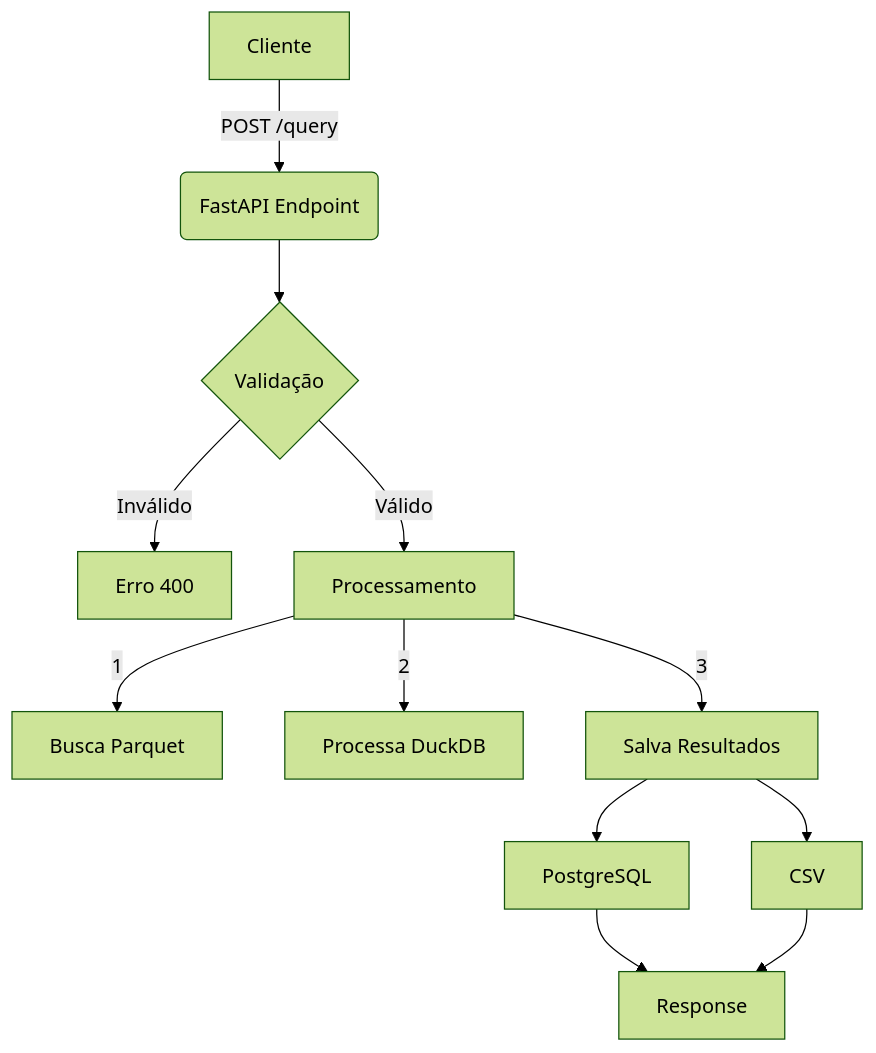
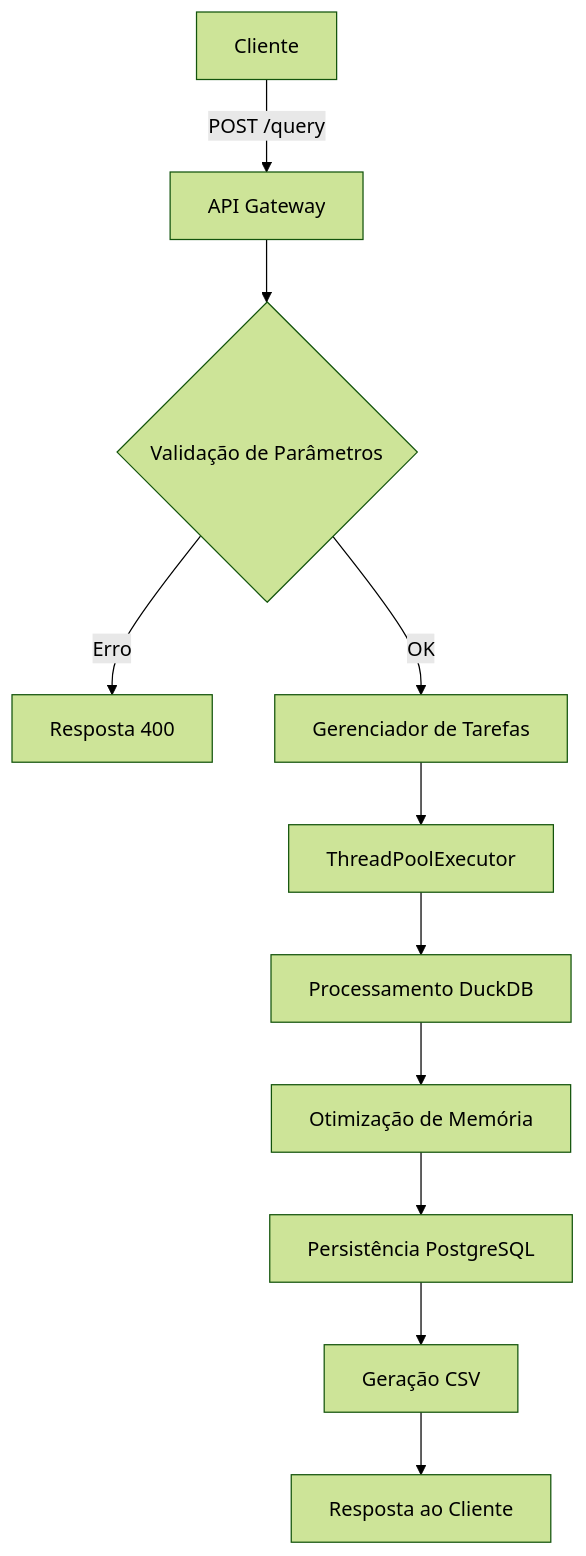
One commit to cayoc9/pysus_extract changed the first of 2 diagrams in docs/processo_datasusapi.md. Above: the diagram before and after it, drawn with Mermaid (forest theme). The commit also changed other lines of this file and 3 other files, not shown here.

````diff
--- a/docs/processo_datasusapi.md
+++ b/docs/processo_datasusapi.md
@@ -5,14 +5,13 @@
 ```mermaid
 flowchart TD
-    A[Cliente] -->|POST /query| B(FastAPI Endpoint)
-    B --> C{Validação}
-    C -->|Inválido| D[Erro 400]
-    C -->|Válido| E[Processamento]
-    E -->|1| F[Busca Parquet]
-    E -->|2| G[Processa DuckDB]
-    E -->|3| H[Salva Resultados]
-    H --> I[PostgreSQL]
-    H --> J[CSV]
-    I --> K[Response]
-    J --> K
+    A[Cliente] -->|POST /query| B[API Gateway]
+    B --> C{Validação de Parâmetros}
+    C -->|Erro| D[Resposta 400]
+    C -->|OK| E[Gerenciador de Tarefas]
+    E --> F[ThreadPoolExecutor]
+    F --> G[Processamento DuckDB]
+    G --> H[Otimização de Memória]
+    H --> I[Persistência PostgreSQL]
+    I --> J[Geração CSV]
+    J --> K[Resposta ao Cliente]
 ```
````
